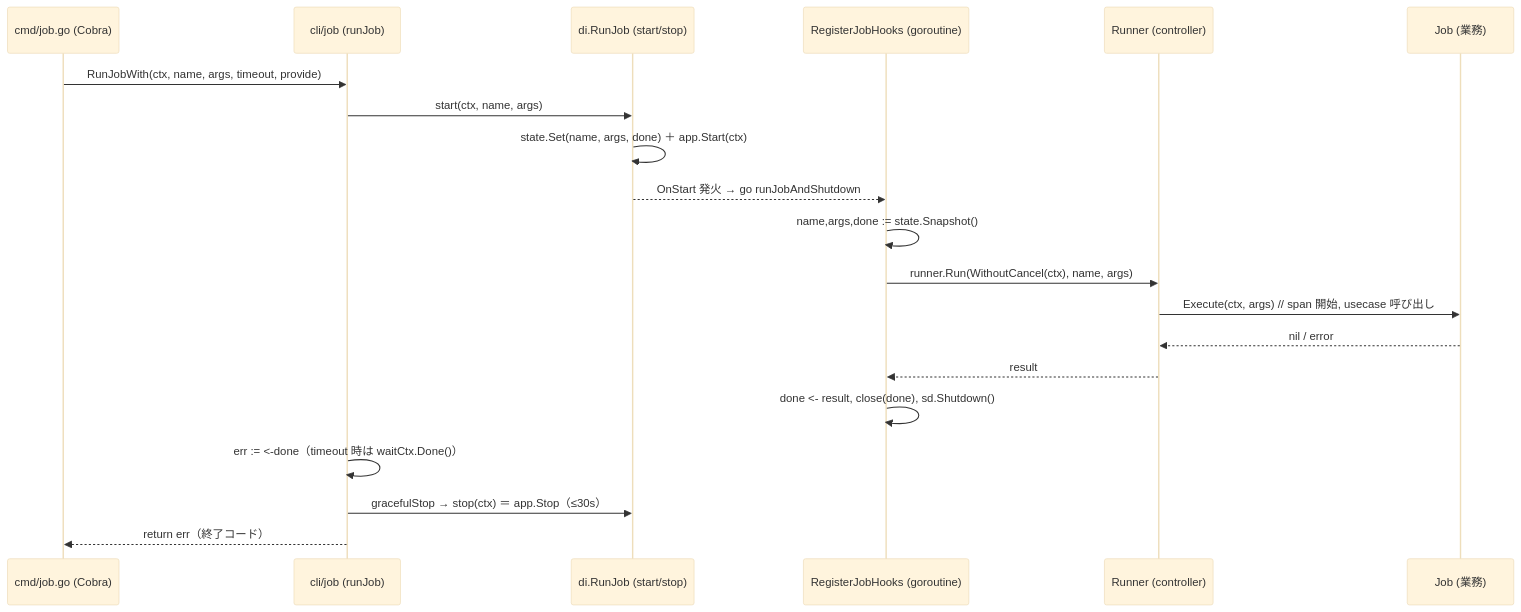
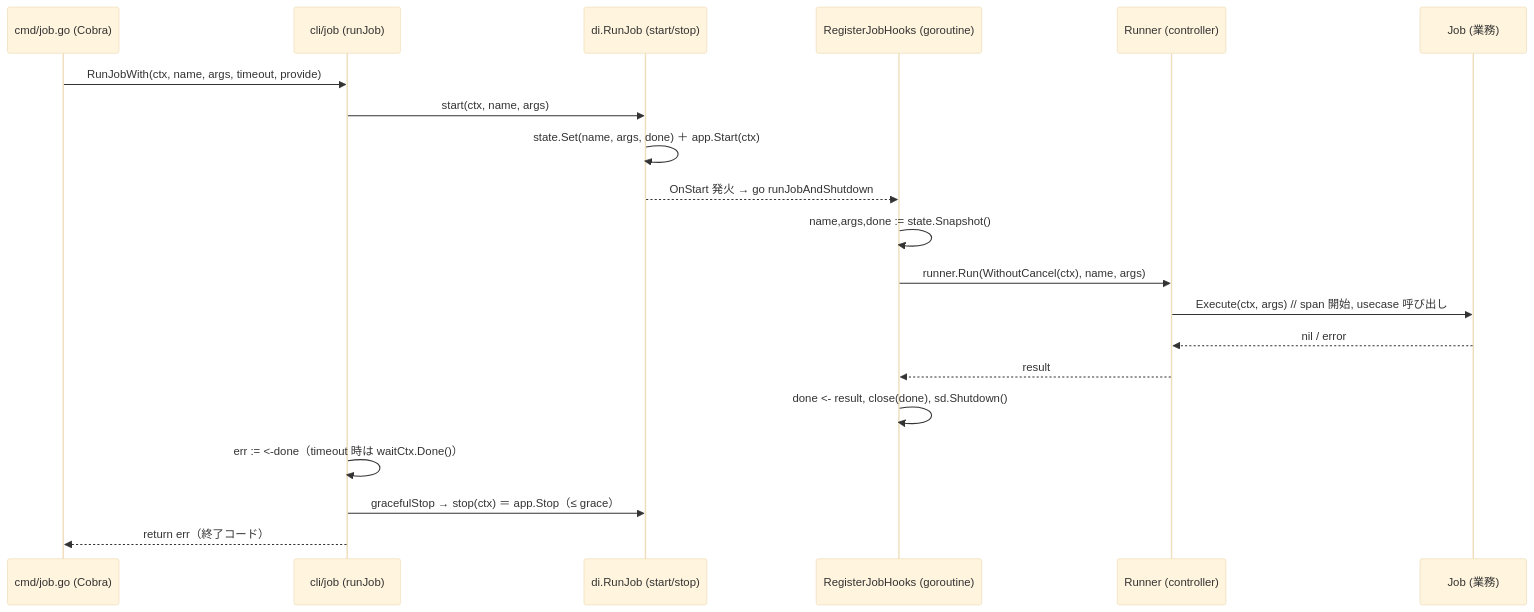
One commit to Tomy-ch/go-boilerplate changed the fifth of 6 diagrams in docs/ja/design/job.ja.md. Above: the diagram before and after it, drawn with Mermaid (base theme). The commit also changed other lines of this file and 21 other files, not shown here.

````diff
--- a/docs/ja/design/job.ja.md
+++ b/docs/ja/design/job.ja.md
@@ -151,22 +151,22 @@
 ```mermaid
 sequenceDiagram
     participant Cobra as cmd/job.go (Cobra)
     participant CLI as cli/job (runJob)
     participant DI as di.RunJob (start/stop)
     participant Hook as RegisterJobHooks (goroutine)
     participant Run as Runner (controller)
     participant J as Job (業務)
     Cobra->>CLI: RunJobWith(ctx, name, args, timeout, provide)
     CLI->>DI: start(ctx, name, args)
     DI->>DI: state.Set(name, args, done) ＋ app.Start(ctx)
     DI-->>Hook: OnStart 発火 → go runJobAndShutdown
     Hook->>Hook: name,args,done := state.Snapshot()
     Hook->>Run: runner.Run(WithoutCancel(ctx), name, args)
     Run->>J: Execute(ctx, args)  // span 開始, usecase 呼び出し
     J-->>Run: nil / error
     Run-->>Hook: result
     Hook->>Hook: done <- result, close(done), sd.Shutdown()
     CLI->>CLI: err := <-done（timeout 時は waitCtx.Done()）
-    CLI->>DI: gracefulStop → stop(ctx) ＝ app.Stop（≤30s）
+    CLI->>DI: gracefulStop → stop(ctx) ＝ app.Stop（≤ grace）
     CLI-->>Cobra: return err（終了コード）
 ```
````
